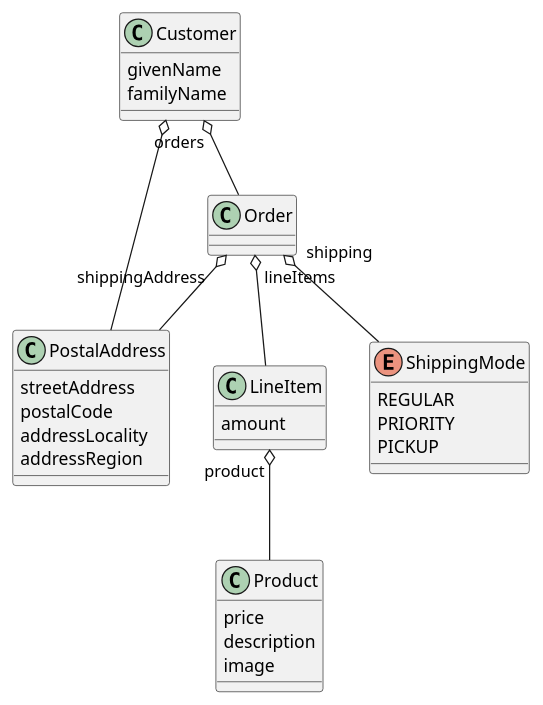
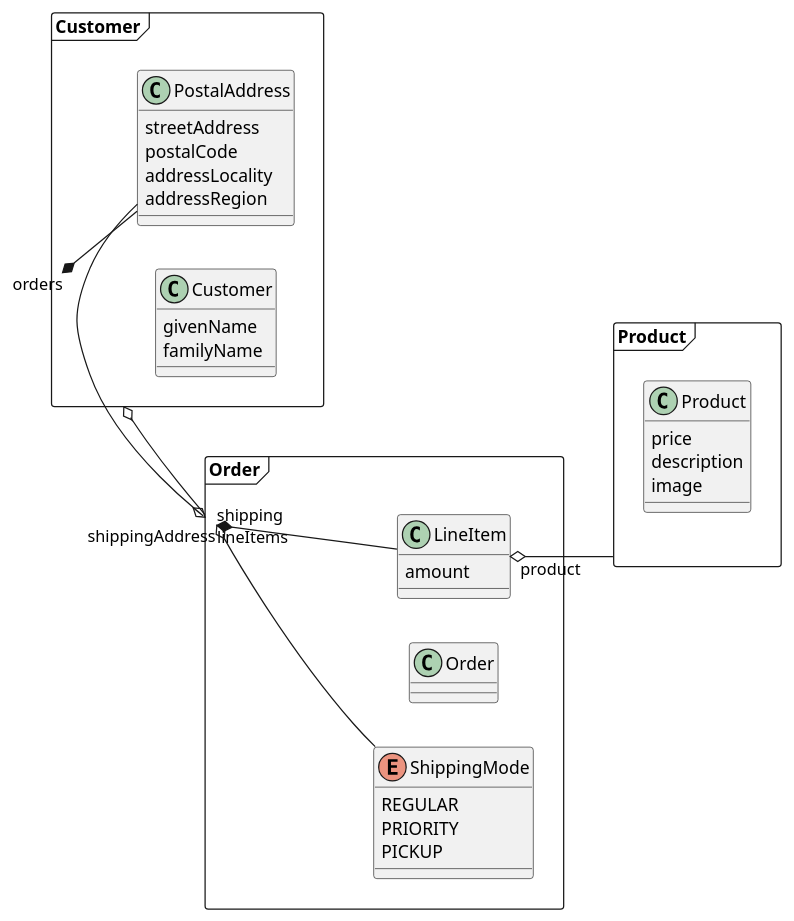
Before and after one commit to socadk/design-practice-repository: the diagram in artifact-templates/images/Domain-Model-Elaborate.puml, drawn with PlantUML. The commit also changed 6 other files, not shown here.

```diff
--- a/artifact-templates/images/Domain-Model-Elaborate.puml
+++ b/artifact-templates/images/Domain-Model-Elaborate.puml
@@ -1,35 +1,50 @@
-@startuml
+@startuml Domain-Model-Elaborate
+left to right direction
+
+package Product <<Frame>> {
 	class Product {
 	  price
 	  description
 	  image
 	}
+}
+
+
+package Customer <<Frame>> {
+
 	class PostalAddress {
 	  streetAddress
 	  postalCode
 	  addressLocality
 	  addressRegion
 	}
 	class Customer {
 	  givenName
 	  familyName
 	}
+}
+
+package Order <<Frame>> {
+
 	class LineItem {
 	  amount
 	}
 	class Order {
 	  
 	}
 	enum ShippingMode {
 	  REGULAR
 	  PRIORITY
 	  PICKUP
 	}
 	
-	Customer o-- PostalAddress
-	Order "shippingAddress" o-- PostalAddress
-	LineItem "product"  o-- Product
-	Order "lineItems" o-- LineItem
-	Order "shipping" o-- ShippingMode
-	Customer "orders" o-- Order
+}
+
+Customer *-- PostalAddress
+Order "shippingAddress" o-- PostalAddress
+LineItem "product"  o-- Product
+Order "lineItems" *-- LineItem
+Order "shipping" o-- ShippingMode
+Customer "orders" o-- Order
+
 @enduml
```
